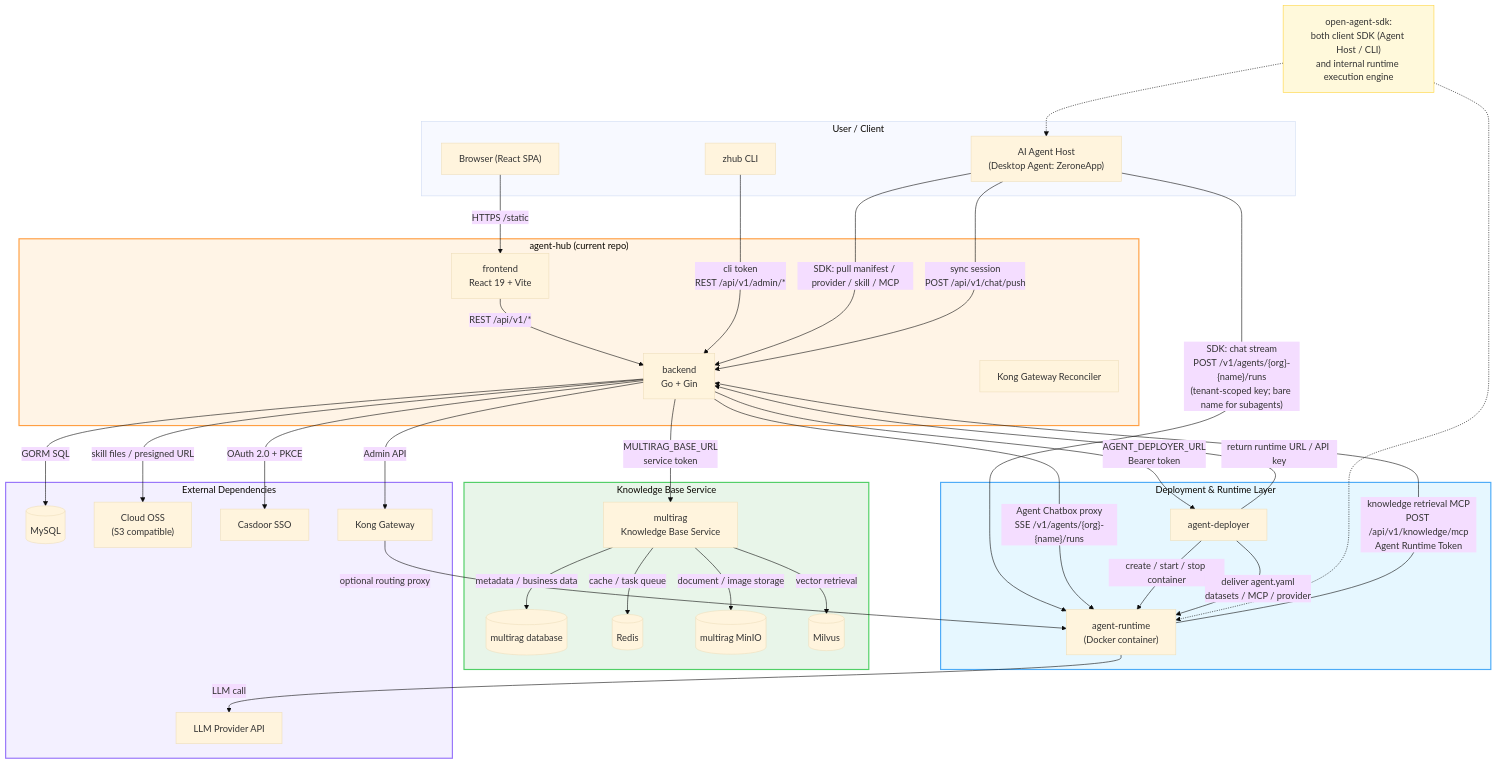
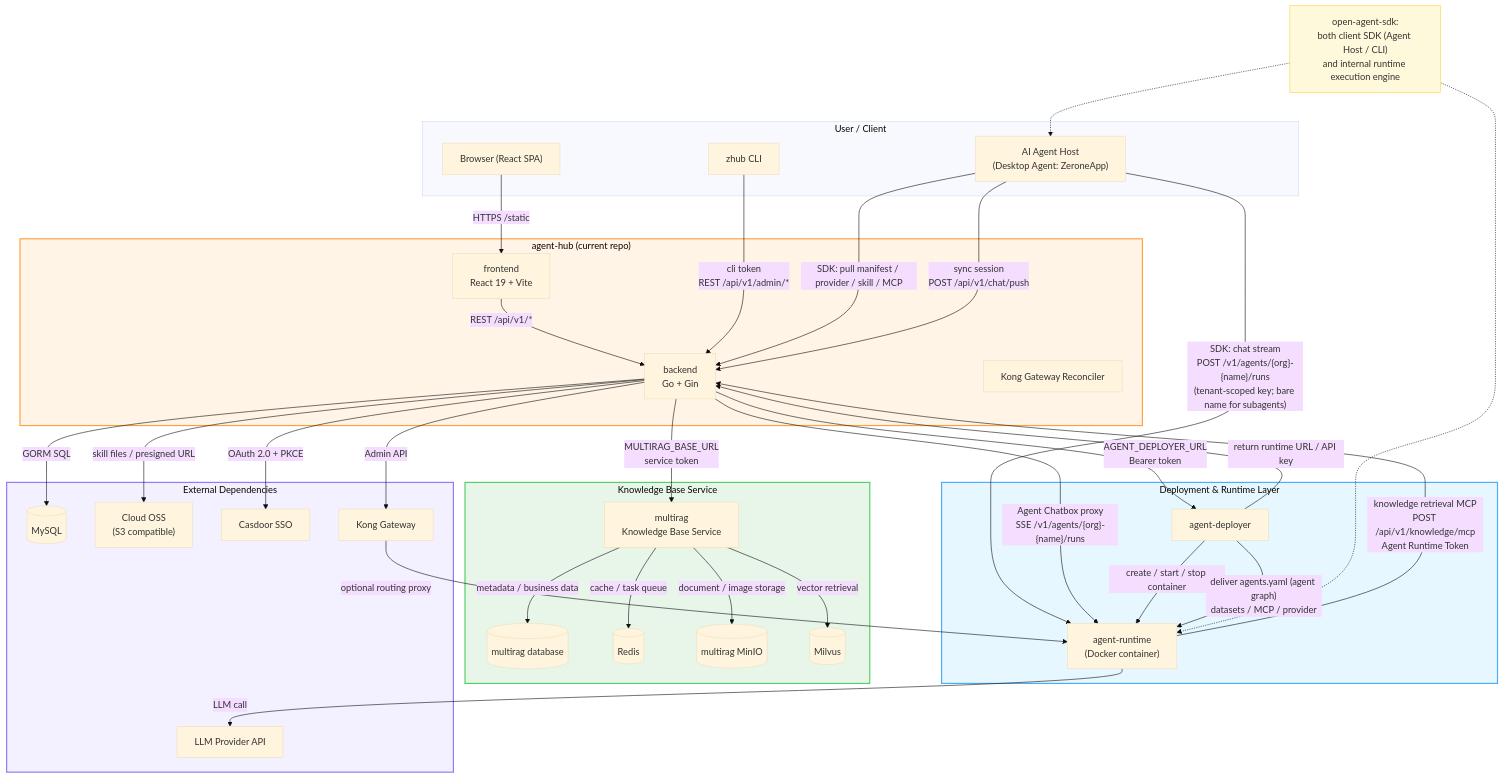
One commit to zerone-agents/agent-hub changed the diagram in docs/architecture.md. Above: the diagram before and after it, drawn with Mermaid (base theme). The commit also changed 3 other files, not shown here.

Commit message:
docs: update deployment protocol docs for agent-graph v3

````diff
--- a/docs/architecture.md
+++ b/docs/architecture.md
@@ -7,74 +7,74 @@
 ```mermaid
 flowchart TB
     subgraph Clients["User / Client"]
         Browser["Browser (React SPA)"]
         AgentHost["AI Agent Host<br/>(Desktop Agent: ZeroneApp)"]
         CLI["zhub CLI"]
     end
 
     subgraph Console["agent-hub (current repo)"]
         FE["frontend<br/>React 19 + Vite"]
         BE["backend<br/>Go + Gin"]
         KongReconciler["Kong Gateway Reconciler"]
     end
 
     subgraph DeployRun["Deployment & Runtime Layer"]
         Deployer["agent-deployer"]
         Runtime["agent-runtime<br/>(Docker container)"]
     end
 
     subgraph KnowledgeBase["Knowledge Base Service"]
         MultiRAG["multirag<br/>Knowledge Base Service"]
         RagDB[(multirag database)]
         RagRedis[(Redis)]
         RagMinIO[(multirag MinIO)]
         Milvus[(Milvus)]
     end
 
     subgraph External["External Dependencies"]
         MySQL[(MySQL)]
         CloudOSS["Cloud OSS<br/>(S3 compatible)"]
         Casdoor["Casdoor SSO"]
         Kong["Kong Gateway"]
         LLM["LLM Provider API"]
     end
 
     Browser -->|"HTTPS /static"| FE
     FE -->|"REST /api/v1/*"| BE
     CLI -->|"cli token<br/>REST /api/v1/admin/*"| BE
 
     AgentHost -->|"SDK: pull manifest / provider / skill / MCP"| BE
     AgentHost -->|"SDK: chat stream<br/>POST /v1/agents/{org}-{name}/runs<br/>(tenant-scoped key; bare name for subagents)"| Runtime
     AgentHost -->|"sync session<br/>POST /api/v1/chat/push"| BE
 
     BE -->|"Agent Chatbox proxy<br/>SSE /v1/agents/{org}-{name}/runs"| Runtime
     BE -->|"GORM SQL"| MySQL
     BE -->|"skill files / presigned URL"| CloudOSS
     BE -->|"OAuth 2.0 + PKCE"| Casdoor
     BE -->|"AGENT_DEPLOYER_URL<br/>Bearer token"| Deployer
     BE -->|"MULTIRAG_BASE_URL<br/>service token"| MultiRAG
     MultiRAG -->|"metadata / business data"| RagDB
     MultiRAG -->|"cache / task queue"| RagRedis
     MultiRAG -->|"document / image storage"| RagMinIO
     MultiRAG -->|"vector retrieval"| Milvus
     BE -->|"Admin API"| Kong
 
     Deployer -->|"create / start / stop container"| Runtime
-    Deployer -->|"deliver agent.yaml<br/>datasets / MCP / provider"| Runtime
+    Deployer -->|"deliver agents.yaml (agent graph)<br/>datasets / MCP / provider"| Runtime
     Deployer -->|"return runtime URL / API key"| BE
 
     Runtime -->|"knowledge retrieval MCP<br/>POST /api/v1/knowledge/mcp<br/>Agent Runtime Token"| BE
     Runtime -->|"LLM call"| LLM
 
     Kong -->|"optional routing proxy"| Runtime
 
     Note["open-agent-sdk:<br/>both client SDK (Agent Host / CLI)<br/>and internal runtime execution engine"]
     Note -.-> AgentHost
     Note -.-> Runtime
 
     style Console fill:#fff4e6,stroke:#ff9f43,stroke-width:2px
     style DeployRun fill:#e6f7ff,stroke:#4dabf7,stroke-width:2px
     style KnowledgeBase fill:#e8f5e9,stroke:#51cf66,stroke-width:2px
     style External fill:#f3f0ff,stroke:#9775fa,stroke-width:2px
     style Note fill:#fff9db,stroke:#ffd43b
 ```
````
